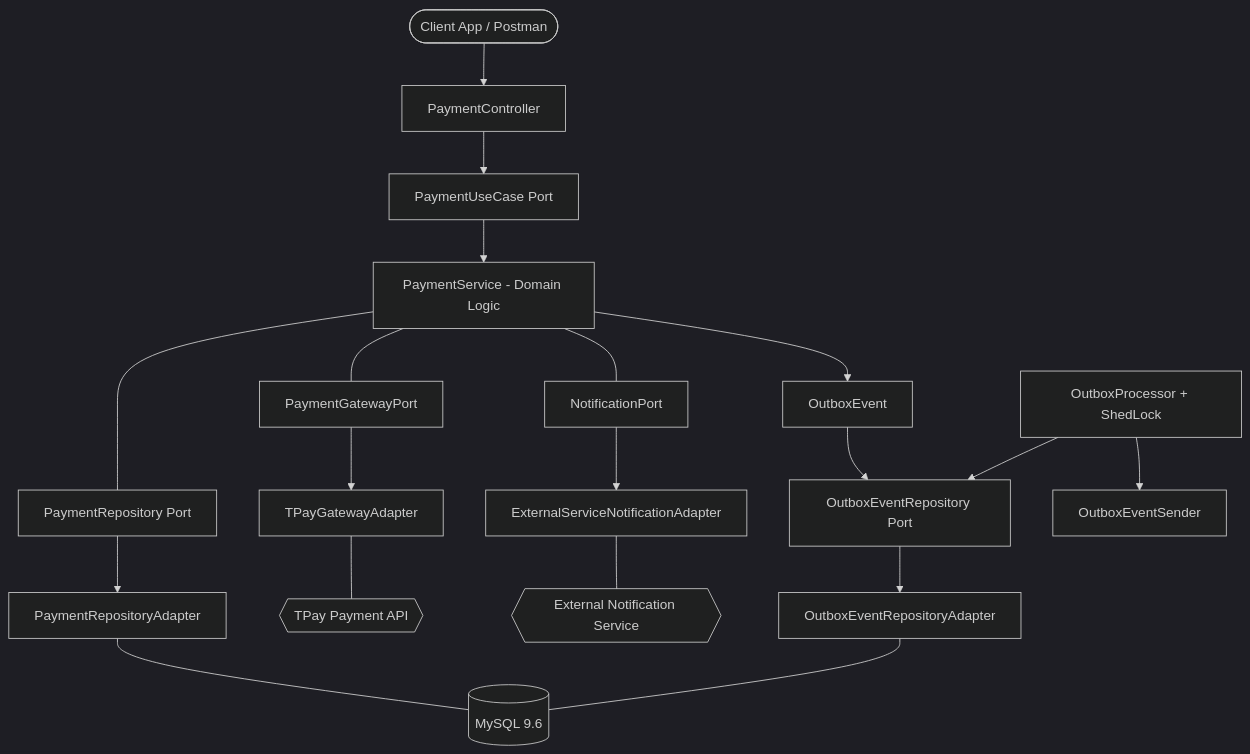
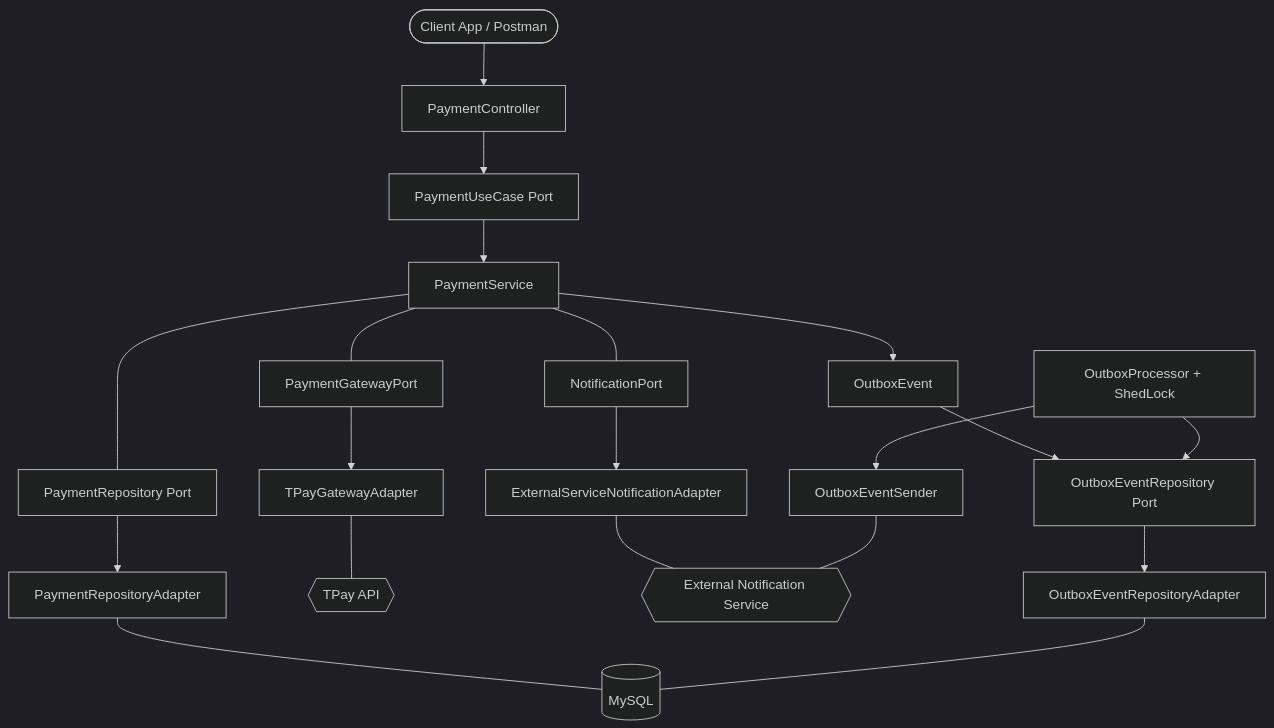
One commit to CoderNoOne/payment-service changed the diagram in README.md. Above: the diagram before and after it, drawn with Mermaid (dark theme). The commit also changed other lines of this file and 1 other file, not shown here.

````diff
--- a/README.md
+++ b/README.md
@@ -377,26 +242,27 @@
 ```mermaid
 graph TD
     Client([Client App / Postman]) --> PC[PaymentController]
     PC --> PUC[PaymentUseCase Port]
-    PUC --> PS[PaymentService - Domain Logic]
+    PUC --> PS[PaymentService]
 
     PS --- PR[PaymentRepository Port]
     PS --- PGP[PaymentGatewayPort]
     PS --- NP[NotificationPort]
 
     PR --> PRA[PaymentRepositoryAdapter]
     PGP --> TPA[TPayGatewayAdapter]
     NP --> ENA[ExternalServiceNotificationAdapter]
 
-    PRA --- DB[(MySQL 9.6)]
-    TPA --- TPAY{{TPay Payment API}}
+    PRA --- DB[(MySQL)]
+    TPA --- TPAY{{TPay API}}
     ENA --- EXT{{External Notification Service}}
 
     PS --> OE[OutboxEvent]
     OE --> OER[OutboxEventRepository Port]
     OER --> OERA[OutboxEventRepositoryAdapter]
     OERA --- DB
 
     OP[OutboxProcessor + ShedLock] --> OER
     OP --> OES[OutboxEventSender]
+    OES --- EXT
 ```
````
